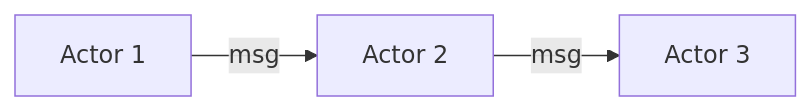
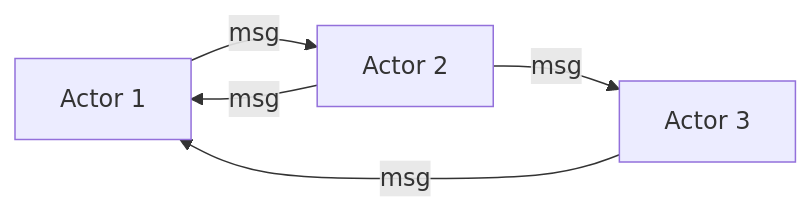
The diagram in Patterns/basic/shards/actors.md (kholcomb/Architecture), drawn with Mermaid before and after one commit. The commit also changed 11 other files, not shown here.

Commit message:
diagram fixes

````diff
--- a/Patterns/basic/shards/actors.md
+++ b/Patterns/basic/shards/actors.md
@@ -13,8 +13,10 @@
 ```mermaid
 graph LR
     A1[Actor 1]
     A2[Actor 2]
     A3[Actor 3]
     A1 -->|msg| A2
     A2 -->|msg| A3
+    A3 -->|msg| A1
+    A2 -->|msg| A1
 ```
````
